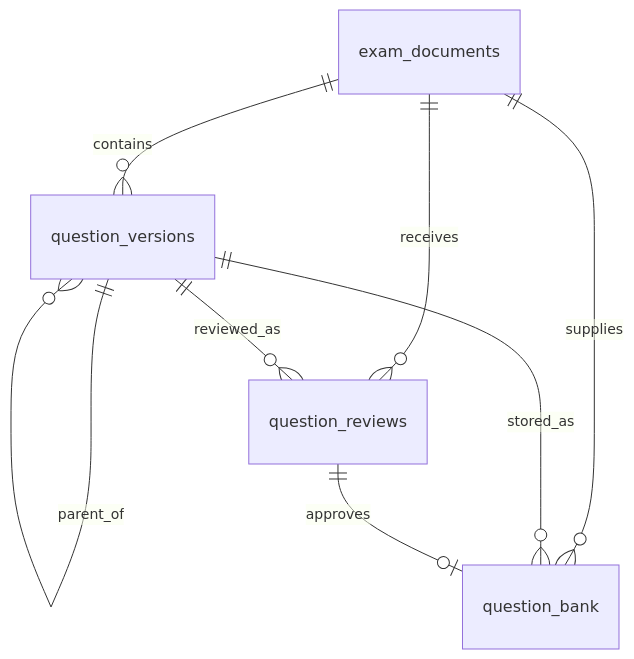
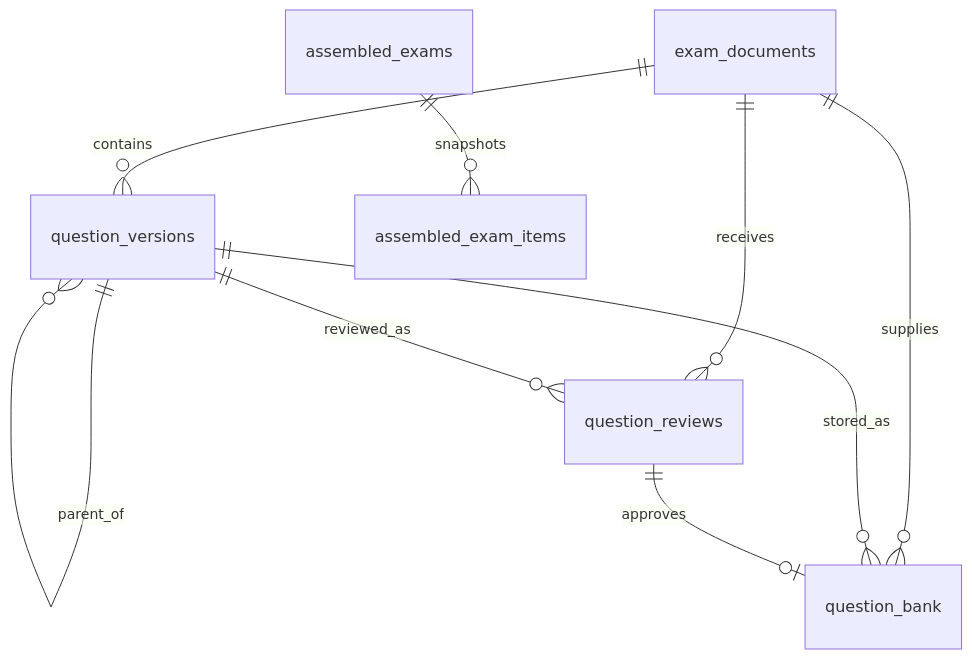
The diagram in pi-coding-agent/services/exam-checker/DATABASE.zh-CN.md (HenryZhu123/Qodex), drawn with Mermaid before and after one commit. The commit also changed other lines of this file and 4 other files, not shown here.

````diff
--- a/pi-coding-agent/services/exam-checker/DATABASE.zh-CN.md
+++ b/pi-coding-agent/services/exam-checker/DATABASE.zh-CN.md
@@ -156,10 +156,11 @@
 ```mermaid
 erDiagram
     exam_documents ||--o{ question_versions : contains
     exam_documents ||--o{ question_reviews : receives
     exam_documents ||--o{ question_bank : supplies
     question_versions ||--o{ question_versions : parent_of
     question_versions ||--o{ question_reviews : reviewed_as
     question_versions ||--o{ question_bank : stored_as
     question_reviews ||--o| question_bank : approves
+    assembled_exams ||--o{ assembled_exam_items : snapshots
 ```
````
